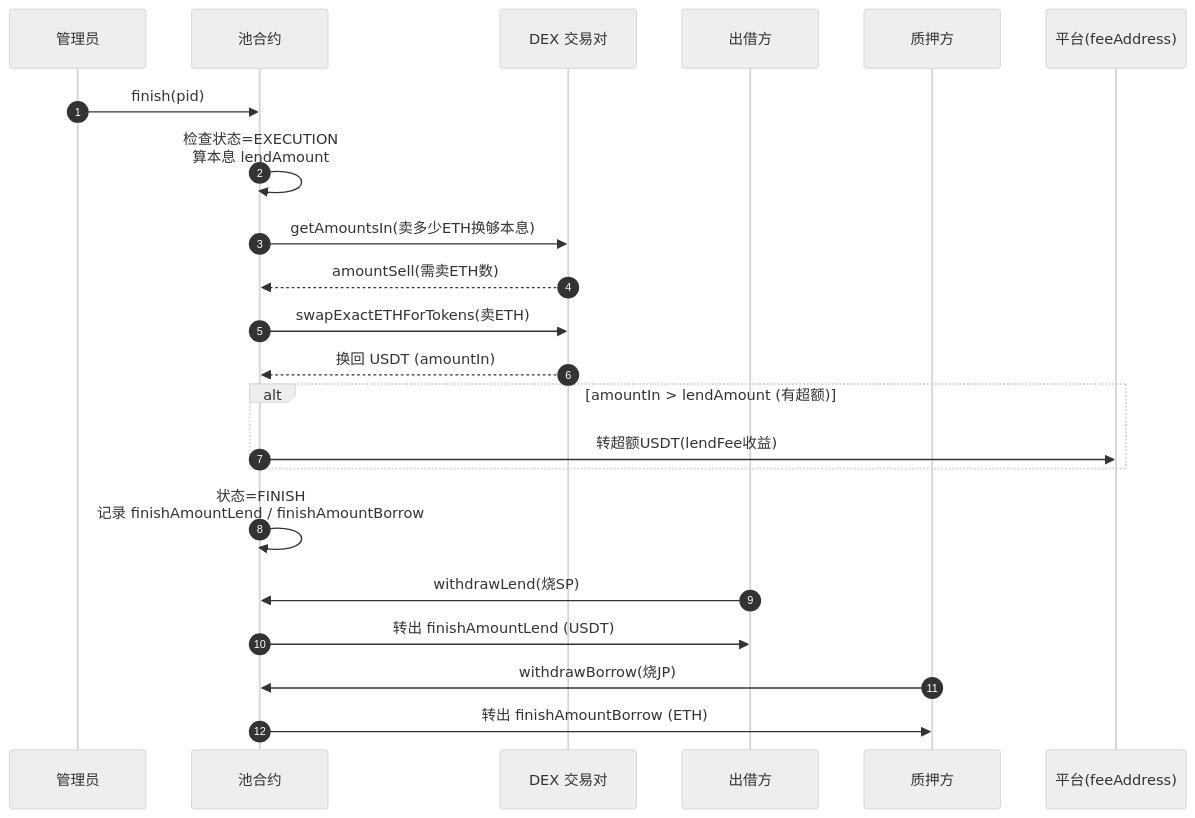
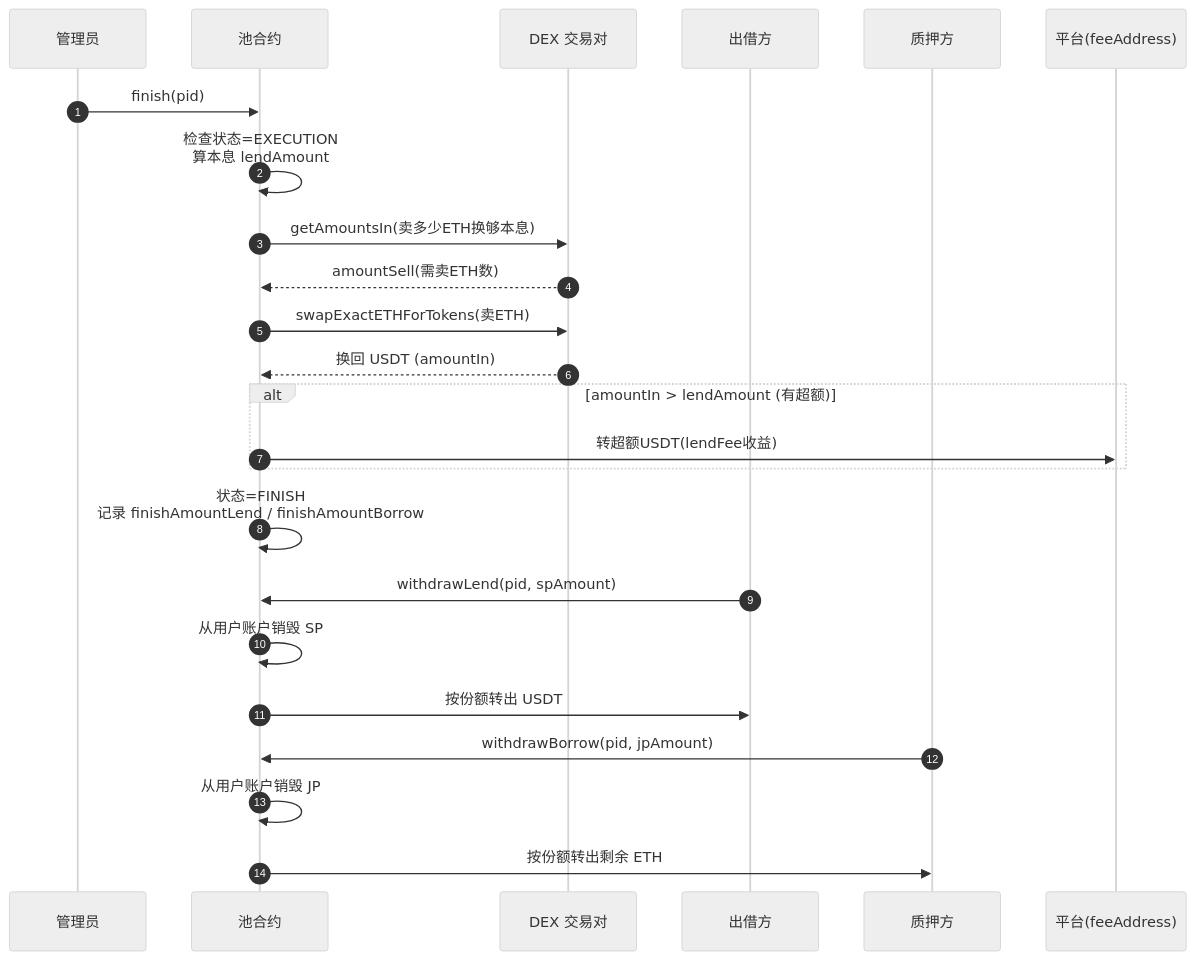
Before and after one commit to zane868/Pledge_study: the fifth of 5 diagrams in 学习总结.md, drawn with Mermaid (neutral theme). The commit also changed other lines of this file, not shown here.

Commit message:
docs: correct pledge and settlement flows

````diff
--- a/学习总结.md
+++ b/学习总结.md
@@ -252,29 +257,31 @@
 ```mermaid
 sequenceDiagram
       autonumber
       participant Op as 管理员
       participant Pool as 池合约
       participant DEX as DEX 交易对
       participant Lender as 出借方
       participant Borrower as 质押方
       participant Fee as 平台(feeAddress)
 
       Op->>Pool: finish(pid)
       Pool->>Pool: 检查状态=EXECUTION<br/>算本息 lendAmount
       Pool->>DEX: getAmountsIn(卖多少ETH换够本息)
       DEX-->>Pool: amountSell(需卖ETH数)
       Pool->>DEX: swapExactETHForTokens(卖ETH)
       DEX-->>Pool: 换回 USDT (amountIn)
 
       alt amountIn > lendAmount (有超额)
           Pool->>Fee: 转超额USDT(lendFee收益)
       end
 
       Pool->>Pool: 状态=FINISH<br/>记录 finishAmountLend / finishAmountBorrow
 
-      Lender->>Pool: withdrawLend(烧SP)
-      Pool->>Lender: 转出 finishAmountLend (USDT)
+      Lender->>Pool: withdrawLend(pid, spAmount)
+      Pool->>Pool: 从用户账户销毁 SP
+      Pool->>Lender: 按份额转出 USDT
 
-      Borrower->>Pool: withdrawBorrow(烧JP)
-      Pool->>Borrower: 转出 finishAmountBorrow (ETH)
+      Borrower->>Pool: withdrawBorrow(pid, jpAmount)
+      Pool->>Pool: 从用户账户销毁 JP
+      Pool->>Borrower: 按份额转出剩余 ETH
 ```
````
